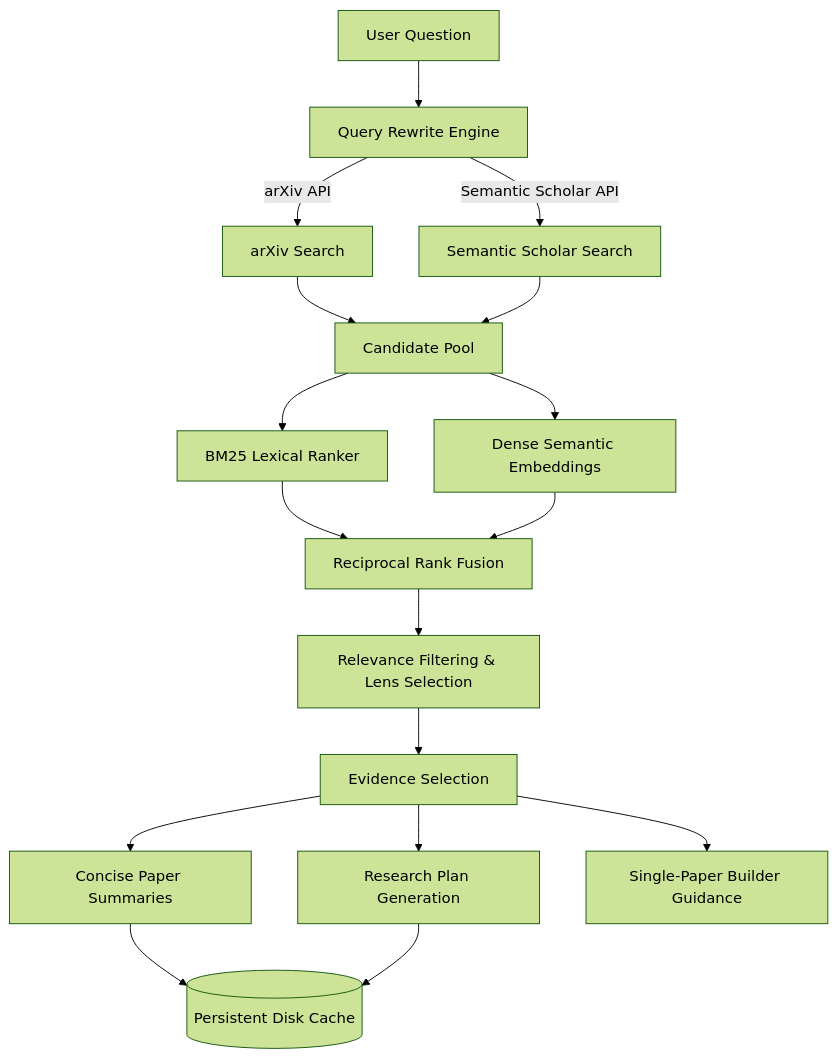
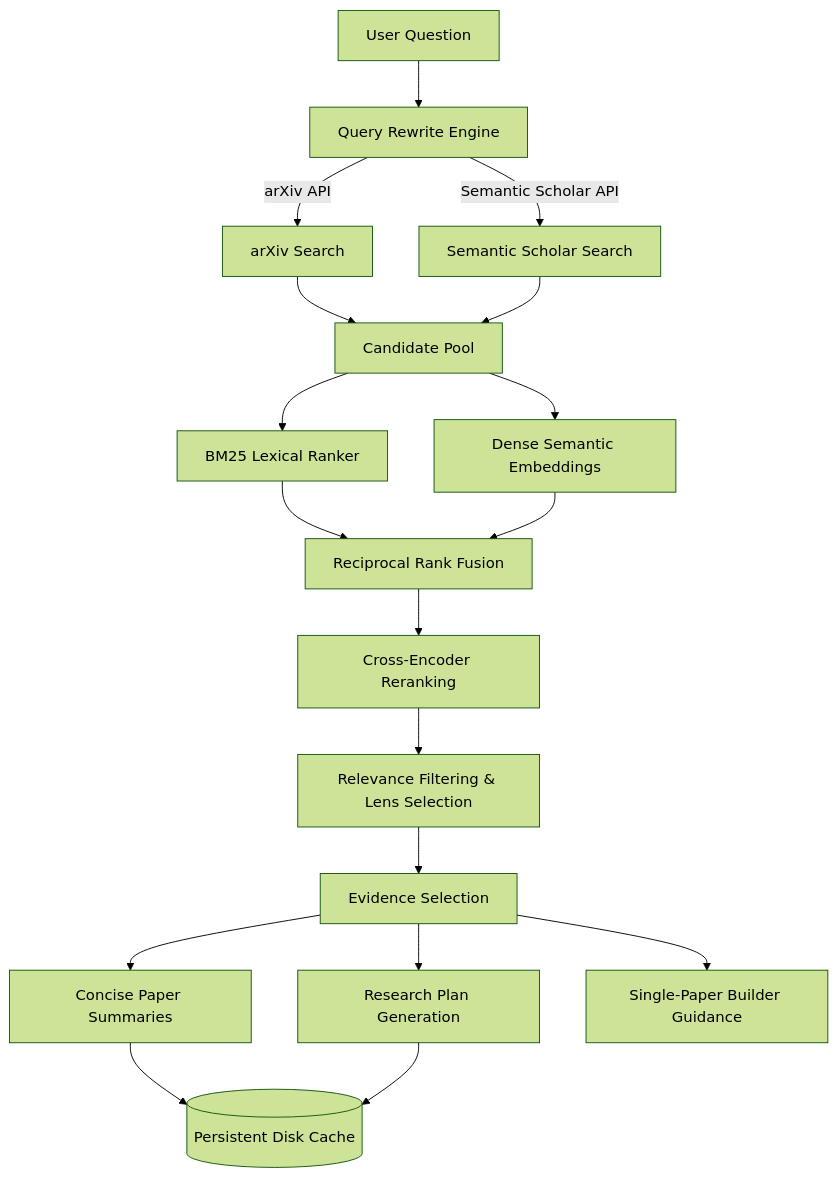
Before and after one commit to shreyshrivastava/AcademicForge: the diagram in README.md, drawn with Mermaid (forest theme). The commit also changed other lines of this file and 2 other files, not shown here.

Commit message:
Update docs to explain cross-encoder reranking and hybrid LLM architecture

````diff
--- a/README.md
+++ b/README.md
@@ -82,19 +83,20 @@
 ```mermaid
 graph TD
     Question[User Question] --> QR[Query Rewrite Engine]
     QR -->|arXiv API| ArXiv[arXiv Search]
     QR -->|Semantic Scholar API| SemScholar[Semantic Scholar Search]
     ArXiv --> Pool[Candidate Pool]
     SemScholar --> Pool
     Pool --> BM25[BM25 Lexical Ranker]
     Pool --> Dense[Dense Semantic Embeddings]
     BM25 --> RRF[Reciprocal Rank Fusion]
     Dense --> RRF
-    RRF --> Filter[Relevance Filtering & Lens Selection]
+    RRF --> Rerank[Cross-Encoder Reranking]
+    Rerank --> Filter[Relevance Filtering & Lens Selection]
     Filter --> Ev[Evidence Selection]
     Ev --> Summary[Concise Paper Summaries]
     Ev --> Plan[Research Plan Generation]
     Ev --> Guidance[Single-Paper Builder Guidance]
     Summary --> Cache[(Persistent Disk Cache)]
     Plan --> Cache
 ```
````
